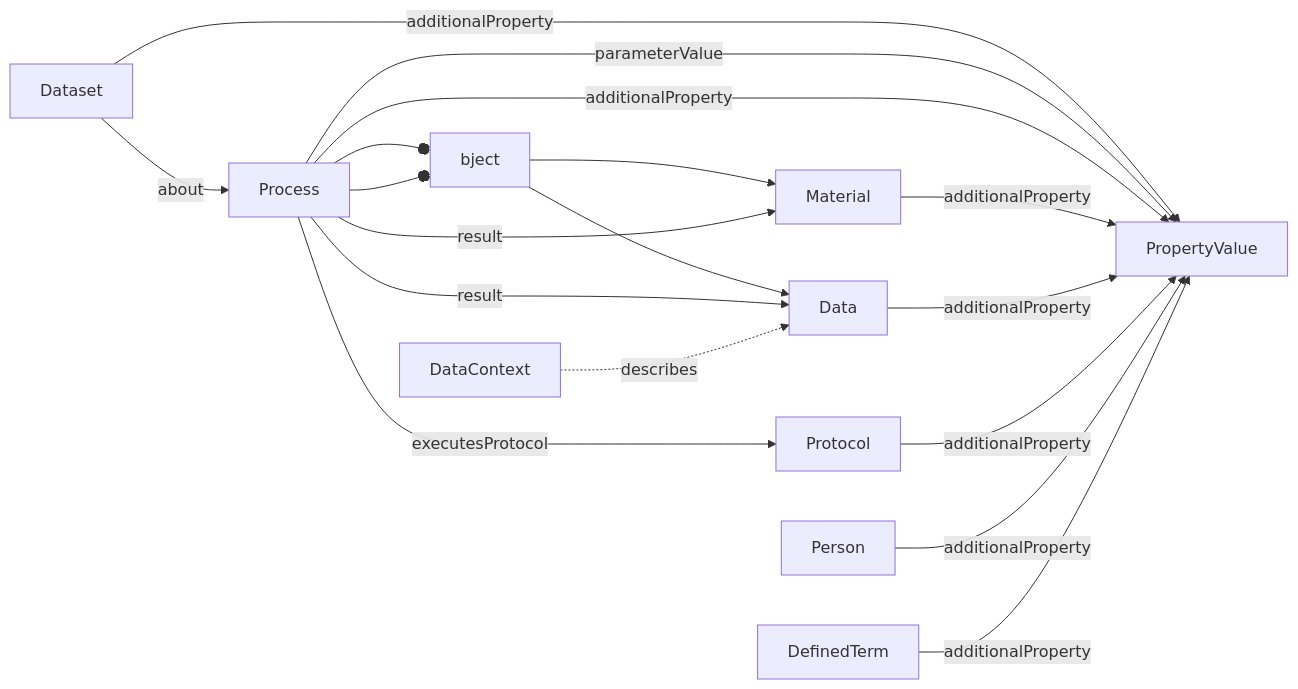
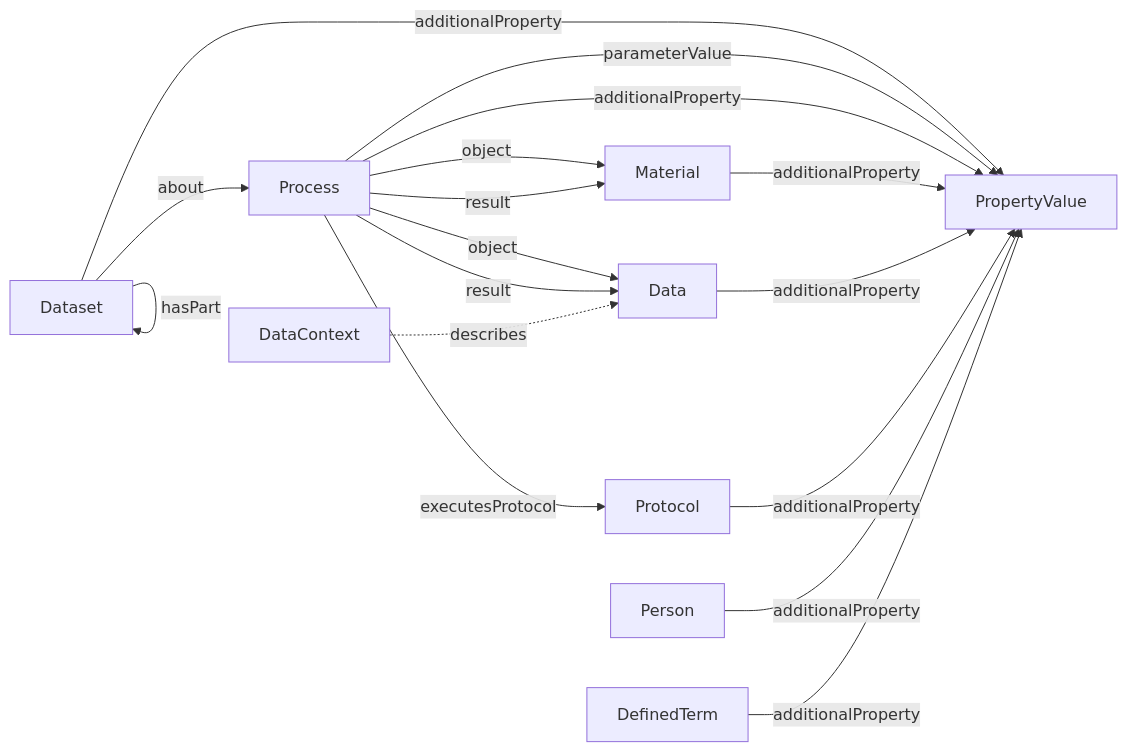
One commit to HLWeil/ProcessCore changed the diagram in spec/core/README.md. Above: the diagram before and after it, drawn with Mermaid. The commit also changed 12 other files, not shown here.

````diff
--- a/spec/core/README.md
+++ b/spec/core/README.md
@@ -13,18 +13,19 @@
 ```mermaid
 flowchart LR
+    Dataset --hasPart--> Dataset
     Dataset --about--> Process
     Dataset --additionalProperty--> PropertyValue
-    Process --object--> Material
-    Process --object--> Data
+    Process --"object"--> Material
+    Process --"object"--> Data
     Process --result--> Material
     Process --result--> Data
     Process --parameterValue--> PropertyValue
     Process --additionalProperty--> PropertyValue
     Process --executesProtocol--> Protocol
     Material --additionalProperty--> PropertyValue
     Data --additionalProperty--> PropertyValue
     Protocol --additionalProperty--> PropertyValue
     Person --additionalProperty--> PropertyValue
     DefinedTerm --additionalProperty--> PropertyValue
     DataContext -.describes.-> Data
 ```
````
